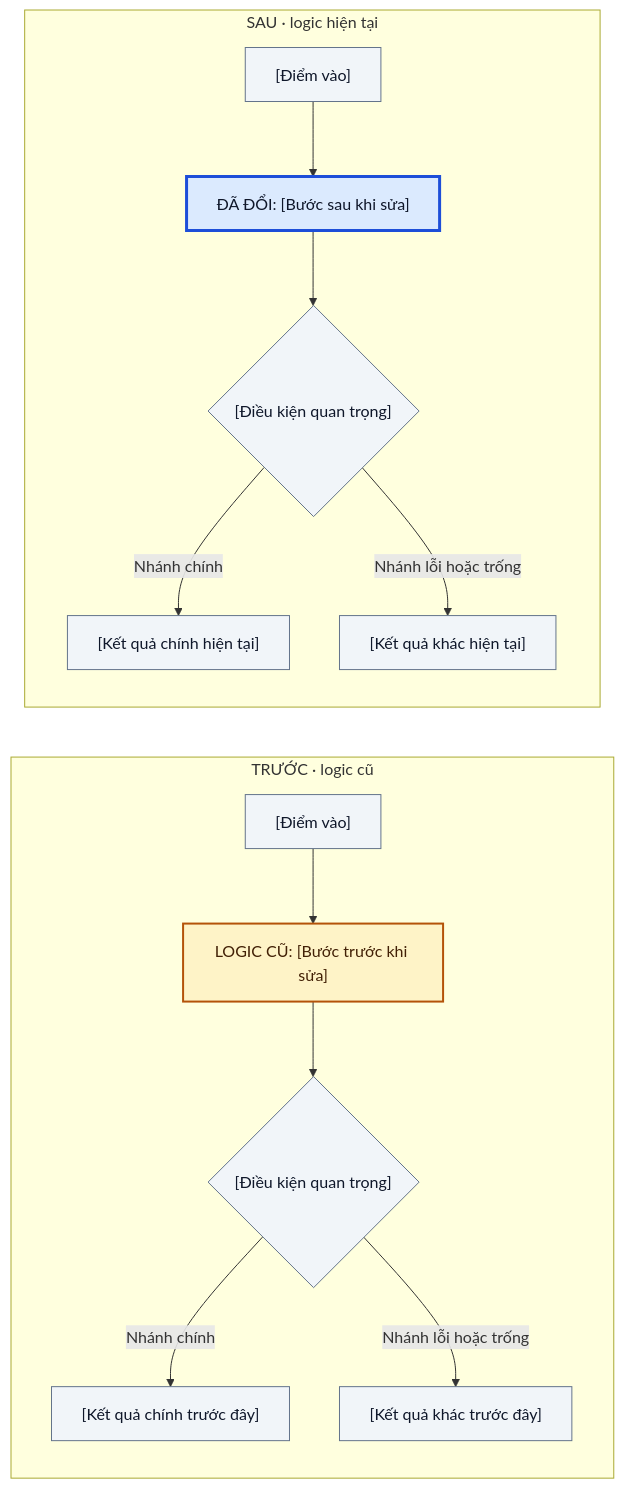
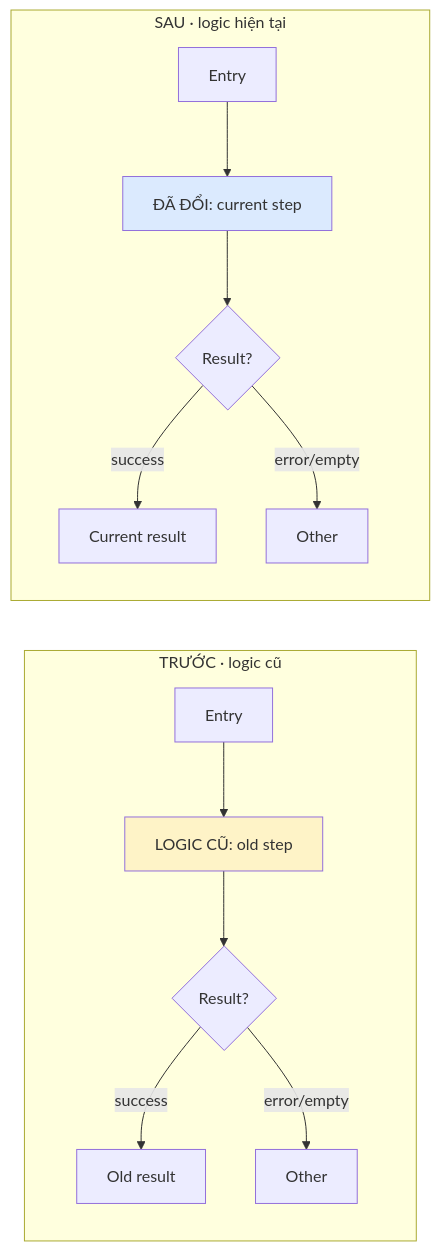
One commit to minh-lb/ai-tools changed the diagram in implementation-notes/templates/implementation-notes.md. Above: the diagram before and after it, drawn with Mermaid. The commit also changed other lines of this file and 3 other files, not shown here.

````diff
--- a/implementation-notes/templates/implementation-notes.md
+++ b/implementation-notes/templates/implementation-notes.md
@@ -13,23 +10,17 @@
 ```mermaid
 flowchart LR
     subgraph OLD["TRƯỚC · logic cũ"]
-        direction TB
-        O1["[Điểm vào]"] --> O2["LOGIC CŨ: [Bước trước khi sửa]"]
-        O2 --> O3{"[Điều kiện quan trọng]"}
-        O3 -->|Nhánh chính| O4["[Kết quả chính trước đây]"]
-        O3 -->|Nhánh lỗi hoặc trống| O5["[Kết quả khác trước đây]"]
+        A["Entry"] --> B["LOGIC CŨ: old step"] --> C{"Result?"}
+        C -->|success| D["Old result"]
+        C -->|error/empty| E["Other"]
     end
     subgraph NEW["SAU · logic hiện tại"]
-        direction TB
-        N1["[Điểm vào]"] --> N2["ĐÃ ĐỔI: [Bước sau khi sửa]"]
-        N2 --> N3{"[Điều kiện quan trọng]"}
-        N3 -->|Nhánh chính| N4["[Kết quả chính hiện tại]"]
-        N3 -->|Nhánh lỗi hoặc trống| N5["[Kết quả khác hiện tại]"]
+        F["Entry"] --> G["ĐÃ ĐỔI: current step"] --> H{"Result?"}
+        H -->|success| I["Current result"]
+        H -->|error/empty| J["Other"]
     end
-    classDef old fill:#fef3c7,stroke:#b45309,stroke-width:2px,color:#422006
-    classDef changed fill:#dbeafe,stroke:#1d4ed8,stroke-width:3px,color:#0f172a
-    classDef context fill:#f1f5f9,stroke:#64748b,color:#0f172a
-    class O2 old
-    class N2 changed
-    class O1,O3,O4,O5,N1,N3,N4,N5 context
+    classDef old fill:#fef3c7
+    classDef changed fill:#dbeafe
+    class B old
+    class G changed
 ```
````
